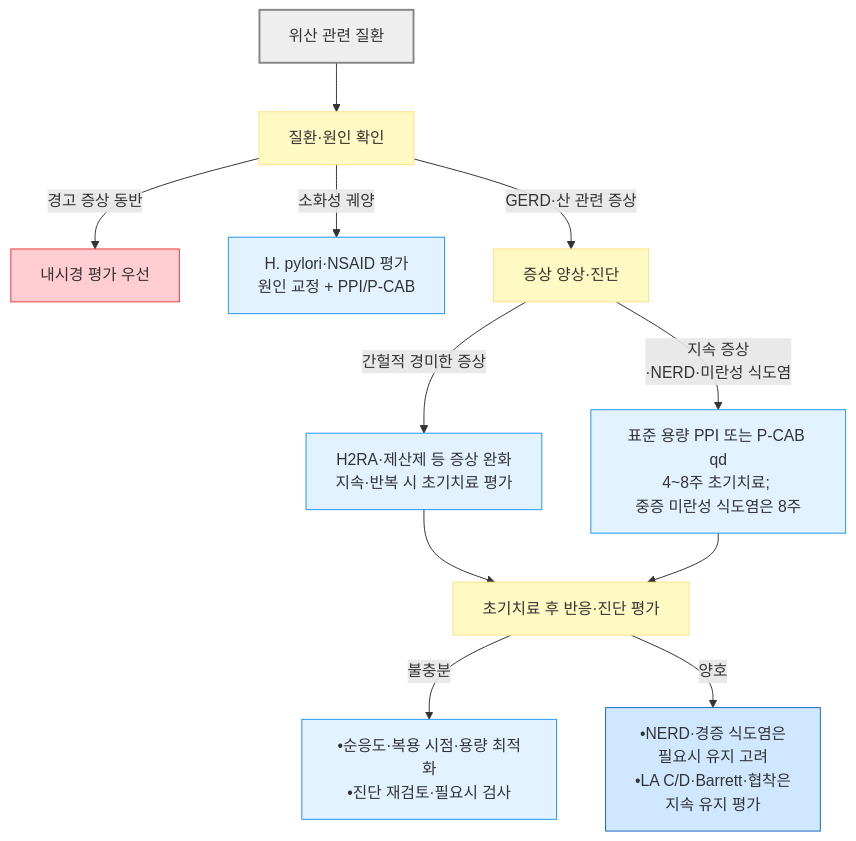
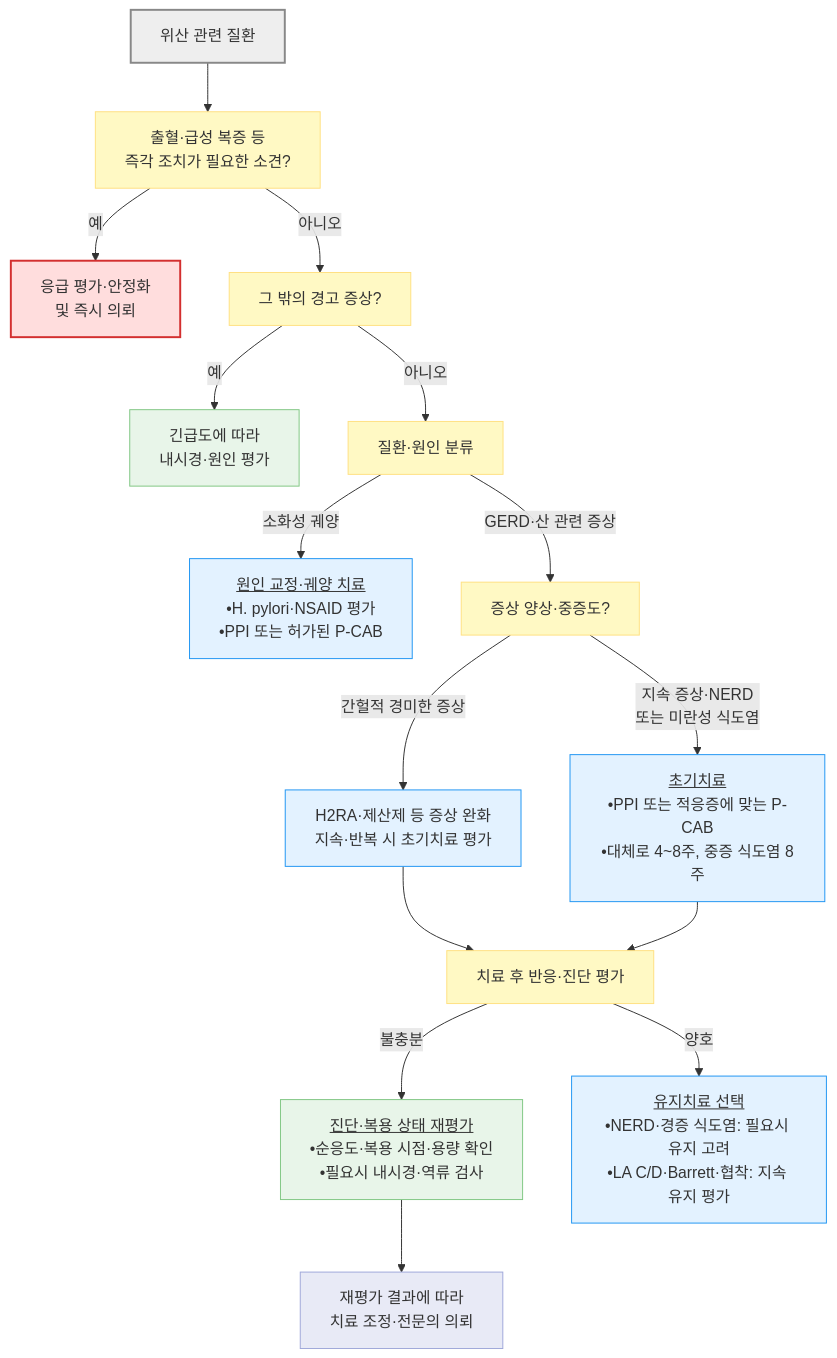
One commit to familyoh77/familyoh77 changed the diagram in 224_/073_-gidrugs.md. Above: the diagram before and after it, drawn with Mermaid. The commit also changed other lines of this file and 5 other files, not shown here.

````diff
--- a/224_/073_-gidrugs.md
+++ b/224_/073_-gidrugs.md
@@ -626,21 +628,29 @@
 ```mermaid
 flowchart TD
-    A["위산 관련 질환"] --> B["질환·원인 확인"]
-    B -- "경고 증상 동반" --> W["내시경 평가 우선"]
-    B -- "소화성 궤양" --> P["H. pylori·NSAID 평가<br/>원인 교정 + PPI/P-CAB"]
-    B -- "GERD·산 관련 증상" --> C["증상 양상·진단"]
+    A["위산 관련 질환"] --> B["출혈·급성 복증 등<br/>즉각 조치가 필요한 소견?"]
+    B -- "예" --> U["응급 평가·안정화<br/>및 즉시 의뢰"]
+    B -- "아니오" --> R["그 밖의 경고 증상?"]
+    R -- "예" --> W["긴급도에 따라<br/>내시경·원인 평가"]
+    R -- "아니오" --> K["질환·원인 분류"]
+    K -- "소화성 궤양" --> P["<u>원인 교정·궤양 치료</u><br/>•H. pylori·NSAID 평가<br/>•PPI 또는 허가된 P-CAB"]
+    K -- "GERD·산 관련 증상" --> C["증상 양상·중증도?"]
     C -- "간헐적 경미한 증상" --> D["H2RA·제산제 등 증상 완화<br/>지속·반복 시 초기치료 평가"]
-    C -- "지속 증상<br/>·NERD·미란성 식도염" --> E["표준 용량 PPI 또는 P-CAB qd<br/>4~8주 초기치료; <br/>중증 미란성 식도염은 8주"]
-    D --> F["초기치료 후 반응·진단 평가"]
+    C -- "지속 증상·NERD<br/>또는 미란성 식도염" --> E["<u>초기치료</u><br/>•PPI 또는 적응증에 맞는 P-CAB<br/>•대체로 4~8주, 중증 식도염 8주"]
+    D --> F["치료 후 반응·진단 평가"]
     E --> F
-    F -- "불충분" --> G["•순응도·복용 시점·용량 최적화<br/>•진단 재검토·필요시 검사"]
-    F -- "양호" --> H["•NERD·경증 식도염은 <br/>필요시 유지 고려<br/>•LA C/D·Barrett·협착은 <br/>지속 유지 평가"]
-style A fill:#eeeeee,stroke:#888888,stroke-width:2px
-classDef yellow fill:#fff9c4,stroke:#ffe082
-class B,C,F yellow
-classDef sky fill:#e3f2ff,stroke:#2196f3
-class D,E,G,P sky
-style H fill:#d0e8ff,stroke:#1a6abf
-style W fill:#ffcdd2,stroke:#e53935
-
+    F -- "불충분" --> G["<u>진단·복용 상태 재평가</u><br/>•순응도·복용 시점·용량 확인<br/>•필요시 내시경·역류 검사"]
+    G --> N["재평가 결과에 따라<br/>치료 조정·전문의 의뢰"]
+    F -- "양호" --> H["<u>유지치료 선택</u><br/>•NERD·경증 식도염: 필요시 유지 고려<br/>•LA C/D·Barrett·협착: 지속 유지 평가"]
+    classDef neutral fill:#eeeeee,stroke:#888888,stroke-width:2px
+    classDef question fill:#fff9c4,stroke:#ffe082
+    classDef test fill:#e8f5e9,stroke:#81c784
+    classDef treatment fill:#e3f2ff,stroke:#2196f3
+    classDef next fill:#e8eaf6,stroke:#9fa8da
+    classDef danger fill:#ffdddd,stroke:#d32f2f,stroke-width:2px
+    class A neutral
+    class B,R,K,C,F question
+    class W,G test
+    class P,D,E,H treatment
+    class N next
+    class U danger
 ```
````
